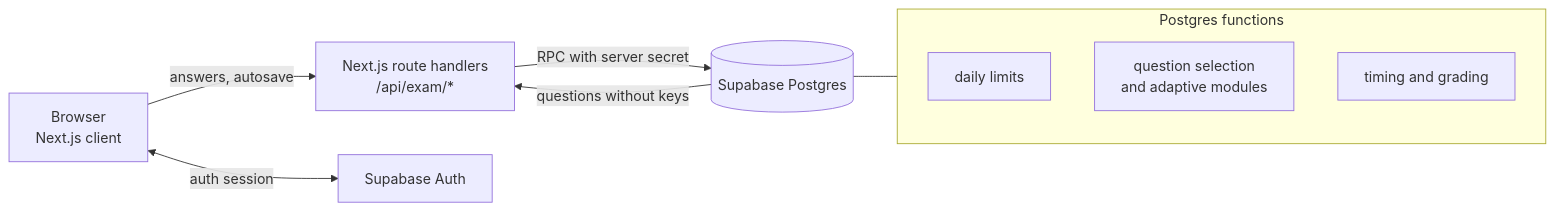
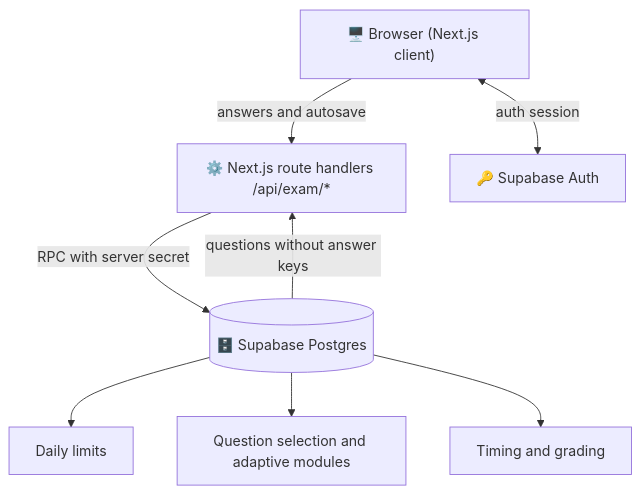
Before and after one commit to mahmudulashev/sat-prep: the diagram in README.md, drawn with Mermaid.

Commit message:
Make the README architecture diagram easier to read

````diff
--- a/README.md
+++ b/README.md
@@ -64,13 +64,10 @@
 ```mermaid
-flowchart LR
-    B[Browser<br/>Next.js client] -->|answers, autosave| A[Next.js route handlers<br/>/api/exam/*]
-    A -->|RPC with server secret| P[(Supabase Postgres)]
-    P -->|questions without keys| A
-    subgraph P2 [Postgres functions]
-      L[daily limits]
-      S[question selection<br/>and adaptive modules]
-      G[timing and grading]
-    end
-    P --- P2
-    B <-->|auth session| AU[Supabase Auth]
+flowchart TD
+    B["🖥️ Browser (Next.js client)"] -->|answers and autosave| A["⚙️ Next.js route handlers /api/exam/*"]
+    B <-->|auth session| AU["🔑 Supabase Auth"]
+    A -->|RPC with server secret| P[("🗄️ Supabase Postgres")]
+    P -->|questions without answer keys| A
+    P --> L["Daily limits"]
+    P --> S["Question selection and adaptive modules"]
+    P --> G["Timing and grading"]
 ```
````
